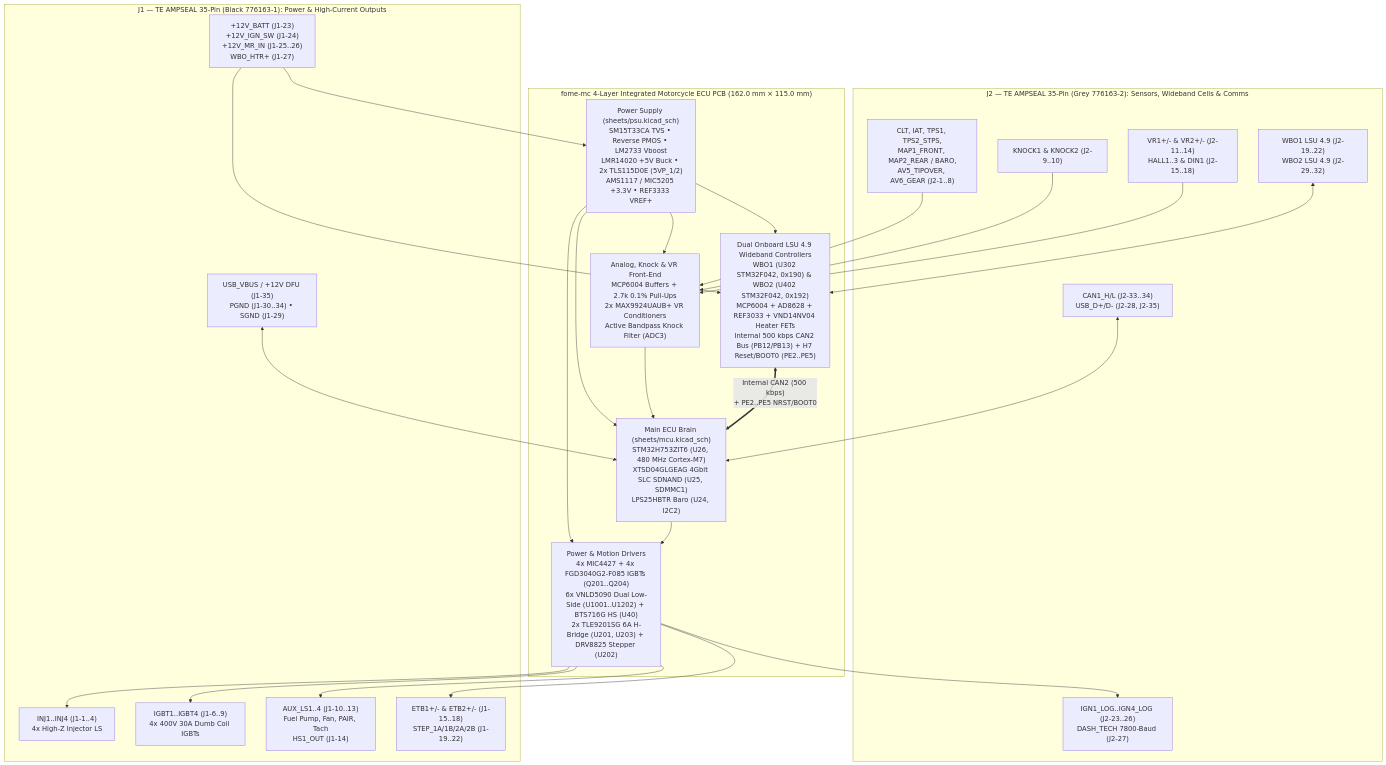
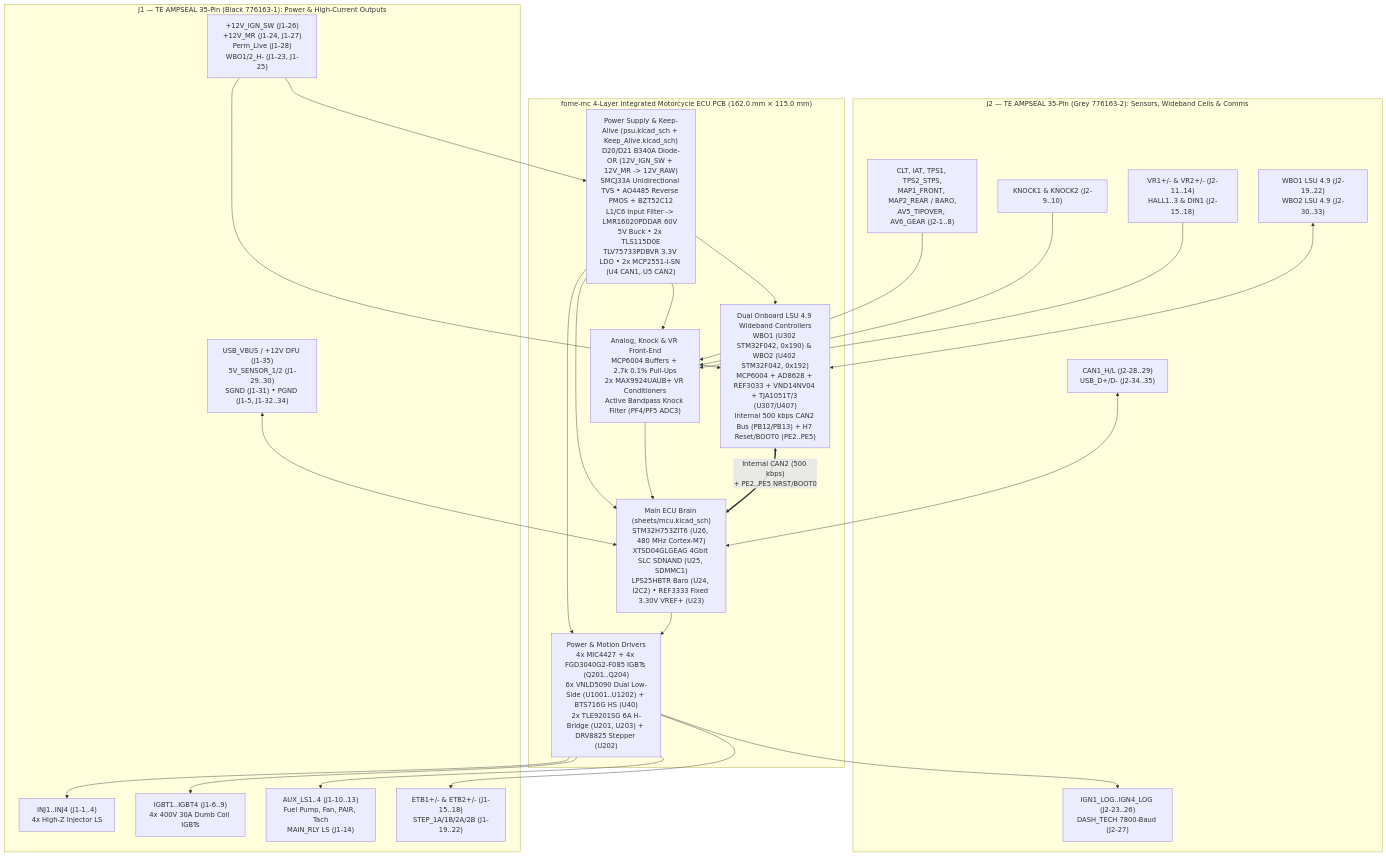
Before and after one commit to halbritt/fome-mc: the diagram in README.md, drawn with Mermaid. The commit also changed other lines of this file and 14 other files, not shown here.

Commit message:
Remediate power supply, main relay keep-alive, and schematic ERC to 0 errors

````diff
--- a/README.md
+++ b/README.md
@@ -28,38 +28,38 @@
 ```mermaid
 flowchart TB
     subgraph J1["J1 — TE AMPSEAL 35-Pin (Black 776163-1): Power & High-Current Outputs"]
-        J1_PWR["+12V_BATT (J1-23)<br/>+12V_IGN_SW (J1-24)<br/>+12V_MR_IN (J1-25..26)<br/>WBO_HTR+ (J1-27)"]
+        J1_PWR["+12V_IGN_SW (J1-26)<br/>+12V_MR (J1-24, J1-27)<br/>Perm_Live (J1-28)<br/>WBO1/2_H- (J1-23, J1-25)"]
         J1_INJ["INJ1..INJ4 (J1-1..4)<br/>4x High-Z Injector LS"]
         J1_IGBT["IGBT1..IGBT4 (J1-6..9)<br/>4x 400V 30A Dumb Coil IGBTs"]
-        J1_AUX["AUX_LS1..4 (J1-10..13)<br/>Fuel Pump, Fan, PAIR, Tach<br/>HS1_OUT (J1-14)"]
+        J1_AUX["AUX_LS1..4 (J1-10..13)<br/>Fuel Pump, Fan, PAIR, Tach<br/>MAIN_RLY LS (J1-14)"]
         J1_MOT["ETB1+/- & ETB2+/- (J1-15..18)<br/>STEP_1A/1B/2A/2B (J1-19..22)"]
-        J1_DFU["USB_VBUS / +12V DFU (J1-35)<br/>PGND (J1-30..34) • SGND (J1-29)"]
+        J1_DFU["USB_VBUS / +12V DFU (J1-35)<br/>5V_SENSOR_1/2 (J1-29..30)<br/>SGND (J1-31) • PGND (J1-5, J1-32..34)"]
     end
 
     subgraph J2["J2 — TE AMPSEAL 35-Pin (Grey 776163-2): Sensors, Wideband Cells & Comms"]
         J2_ANA["CLT, IAT, TPS1, TPS2_STPS,<br/>MAP1_FRONT, MAP2_REAR / BARO,<br/>AV5_TIPOVER, AV6_GEAR (J2-1..8)"]
         J2_KNK["KNOCK1 & KNOCK2 (J2-9..10)"]
         J2_TRG["VR1+/- & VR2+/- (J2-11..14)<br/>HALL1..3 & DIN1 (J2-15..18)"]
-        J2_WBO["WBO1 LSU 4.9 (J2-19..22)<br/>WBO2 LSU 4.9 (J2-29..32)"]
+        J2_WBO["WBO1 LSU 4.9 (J2-19..22)<br/>WBO2 LSU 4.9 (J2-30..33)"]
         J2_IGN["IGN1_LOG..IGN4_LOG (J2-23..26)<br/>DASH_TECH 7800-Baud (J2-27)"]
-        J2_COM["CAN1_H/L (J2-33..34)<br/>USB_D+/D- (J2-28, J2-35)"]
+        J2_COM["CAN1_H/L (J2-28..29)<br/>USB_D+/D- (J2-34..35)"]
     end
 
     subgraph PCB["fome-mc 4-Layer Integrated Motorcycle ECU PCB (162.0 mm × 115.0 mm)"]
-        PSU["Power Supply (sheets/psu.kicad_sch)<br/>SM15T33CA TVS • Reverse PMOS • LM2733 Vboost<br/>LMR14020 +5V Buck • 2x TLS115D0E (5VP_1/2)<br/>AMS1117 / MIC5205 +3.3V • REF3333 VREF+"]
-        MCU["Main ECU Brain (sheets/mcu.kicad_sch)<br/>STM32H753ZIT6 (U26, 480 MHz Cortex-M7)<br/>XTSD04GLGEAG 4Gbit SLC SDNAND (U25, SDMMC1)<br/>LPS25HBTR Baro (U24, I2C2)"]
-        AFE["Analog, Knock & VR Front-End<br/>MCP6004 Buffers + 2.7k 0.1% Pull-Ups<br/>2x MAX9924UAUB+ VR Conditioners<br/>Active Bandpass Knock Filter (ADC3)"]
+        PSU["Power Supply & Keep-Alive (psu.kicad_sch + Keep_Alive.kicad_sch)<br/>D20/D21 B340A Diode-OR (12V_IGN_SW + 12V_MR -> 12V_RAW)<br/>SMCJ33A Unidirectional TVS • AO4485 Reverse PMOS + BZT52C12<br/>L1/C6 Input Filter -> LMR16020PDDAR 60V 5V Buck • 2x TLS115D0E<br/>TLV75733PDBVR 3.3V LDO • 2x MCP2551-I-SN (U4 CAN1, U5 CAN2)"]
+        MCU["Main ECU Brain (sheets/mcu.kicad_sch)<br/>STM32H753ZIT6 (U26, 480 MHz Cortex-M7)<br/>XTSD04GLGEAG 4Gbit SLC SDNAND (U25, SDMMC1)<br/>LPS25HBTR Baro (U24, I2C2) • REF3333 Fixed 3.30V VREF+ (U23)"]
+        AFE["Analog, Knock & VR Front-End<br/>MCP6004 Buffers + 2.7k 0.1% Pull-Ups<br/>2x MAX9924UAUB+ VR Conditioners<br/>Active Bandpass Knock Filter (PF4/PF5 ADC3)"]
         DRV["Power & Motion Drivers<br/>4x MIC4427 + 4x FGD3040G2-F085 IGBTs (Q201..Q204)<br/>6x VNLD5090 Dual Low-Side (U1001..U1202) + BTS716G HS (U40)<br/>2x TLE9201SG 6A H-Bridge (U201, U203) + DRV8825 Stepper (U202)"]
-        WBO["Dual Onboard LSU 4.9 Wideband Controllers<br/>WBO1 (U302 STM32F042, 0x190) & WBO2 (U402 STM32F042, 0x192)<br/>MCP6004 + AD8628 + REF3033 + VND14NV04 Heater FETs<br/>Internal 500 kbps CAN2 Bus (PB12/PB13) + H7 Reset/BOOT0 (PE2..PE5)"]
+        WBO["Dual Onboard LSU 4.9 Wideband Controllers<br/>WBO1 (U302 STM32F042, 0x190) & WBO2 (U402 STM32F042, 0x192)<br/>MCP6004 + AD8628 + REF3033 + VND14NV04 + TJA1051T/3 (U307/U407)<br/>Internal 500 kbps CAN2 Bus (PB12/PB13) + H7 Reset/BOOT0 (PE2..PE5)"]
     end
 
     J1_PWR --> PSU
     PSU --> MCU & AFE & DRV & WBO
     J2_ANA & J2_KNK & J2_TRG --> AFE --> MCU
     J2_WBO <--> WBO
     J1_PWR --> WBO
     WBO <==>|"Internal CAN2 (500 kbps)<br/>+ PE2..PE5 NRST/BOOT0"| MCU
     MCU --> DRV
     DRV --> J1_INJ & J1_IGBT & J1_AUX & J1_MOT & J2_IGN
     J2_COM & J1_DFU <--> MCU
 ```
````
